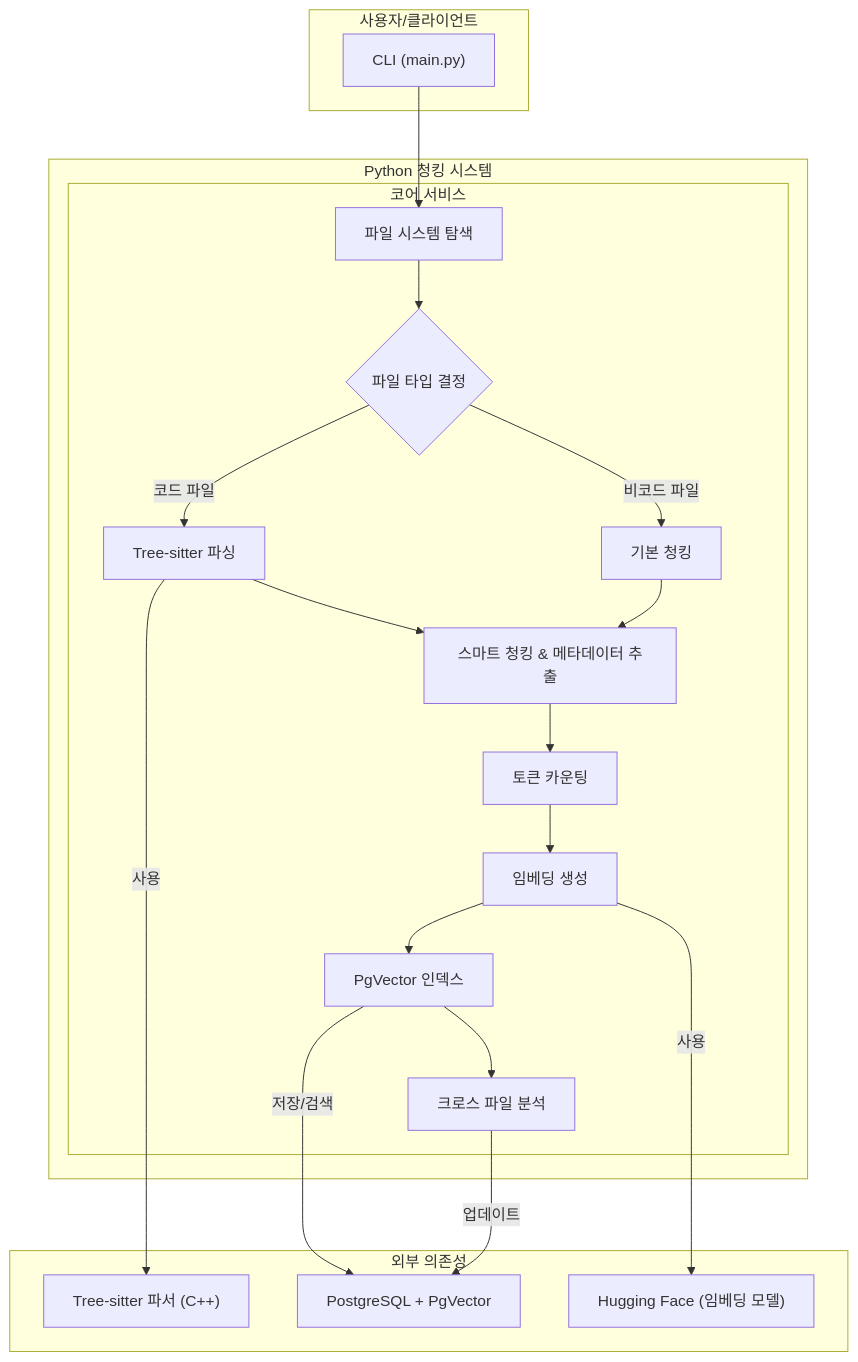
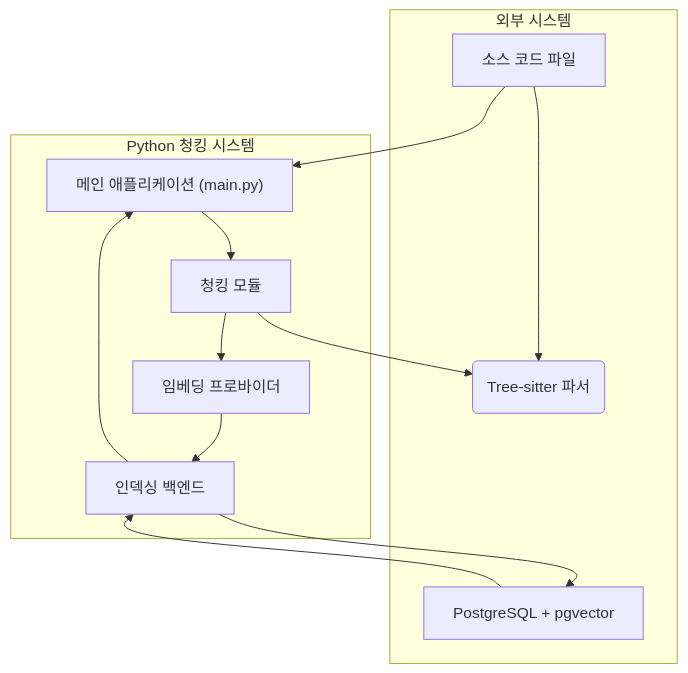
Before and after one commit to woosikseol/deepwiki-open: the first of 5 diagrams in python_kb/.adalflow/wikicache/python_chunking/architecture.md, drawn with Mermaid. The commit also changed other lines of this file and 30 other files, not shown here.

Commit message:
llm mermaid validation

````diff
--- a/python_kb/.adalflow/wikicache/python_chunking/architecture.md
+++ b/python_kb/.adalflow/wikicache/python_chunking/architecture.md
@@ -48,32 +52,23 @@
 ```mermaid
 graph TD
-    subgraph "사용자/클라이언트"
-        A["CLI (main.py)"]
+    subgraph "외부 시스템"
+        A["소스 코드 파일"] --> B("Tree-sitter 파서")
+        C["PostgreSQL + pgvector"]
     end
 
     subgraph "Python 청킹 시스템"
-        subgraph "코어 서비스"
-            B["파일 시스템 탐색"] --> C{"파일 타입 결정"}
-            C -- "코드 파일" --> D["Tree-sitter 파싱"]
-            C -- "비코드 파일" --> E["기본 청킹"]
-            D --> F["스마트 청킹 & 메타데이터 추출"]
-            E --> F
-            F --> G["토큰 카운팅"]
-            G --> H["임베딩 생성"]
-            H --> I["PgVector 인덱스"]
-            I --> J["크로스 파일 분석"]
-        end
+        D["메인 애플리케이션 (main.py)"]
+        E["청킹 모듈"]
+        F["임베딩 프로바이더"]
+        G["인덱싱 백엔드"]
     end
 
-    subgraph "외부 의존성"
-        K["Tree-sitter 파서 (C++)"]
-        L["PostgreSQL + PgVector"]
-        M["Hugging Face (임베딩 모델)"]
-    end
-
-    A --> B
-    D -- "사용" --> K
-    H -- "사용" --> M
-    I -- "저장/검색" --> L
-    J -- "업데이트" --> L
+    A --> D
+    D --> E
+    E --> B
+    E --> F
+    F --> G
+    G --> C
+    C --> G
+    G --> D
 ```
````
